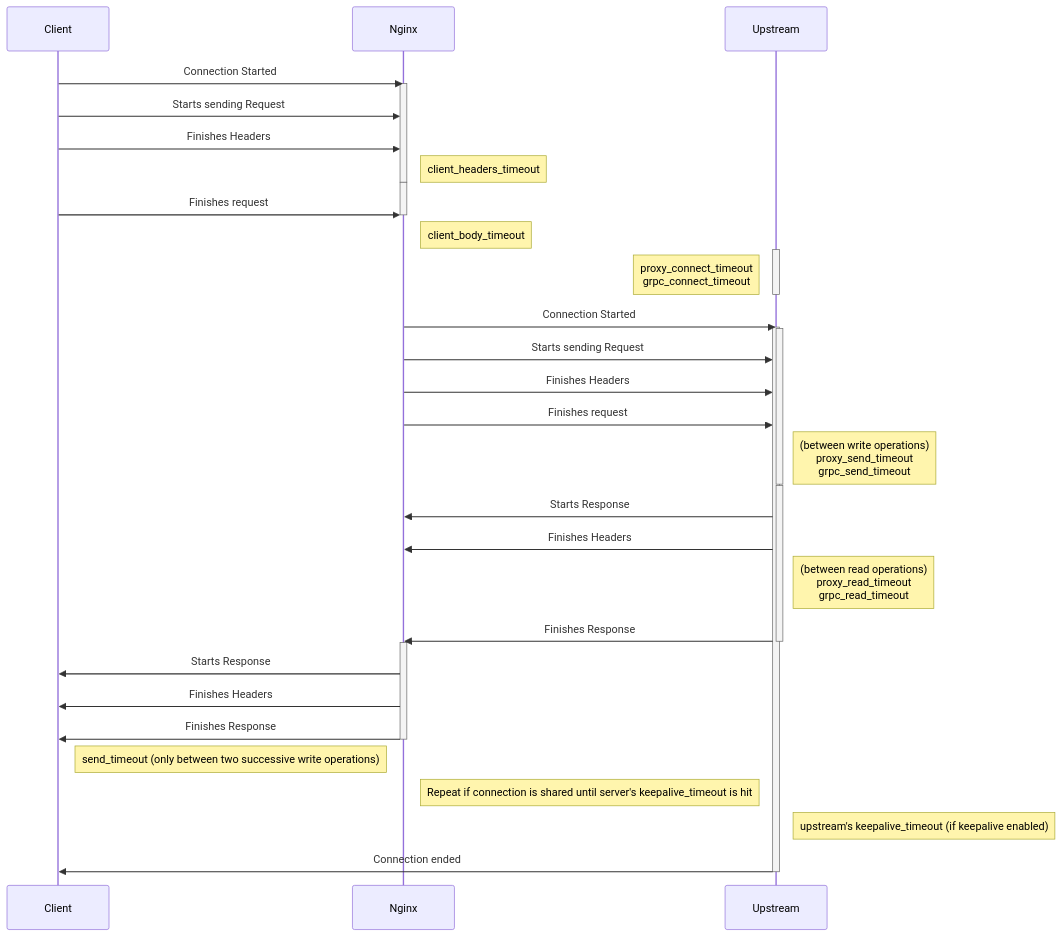
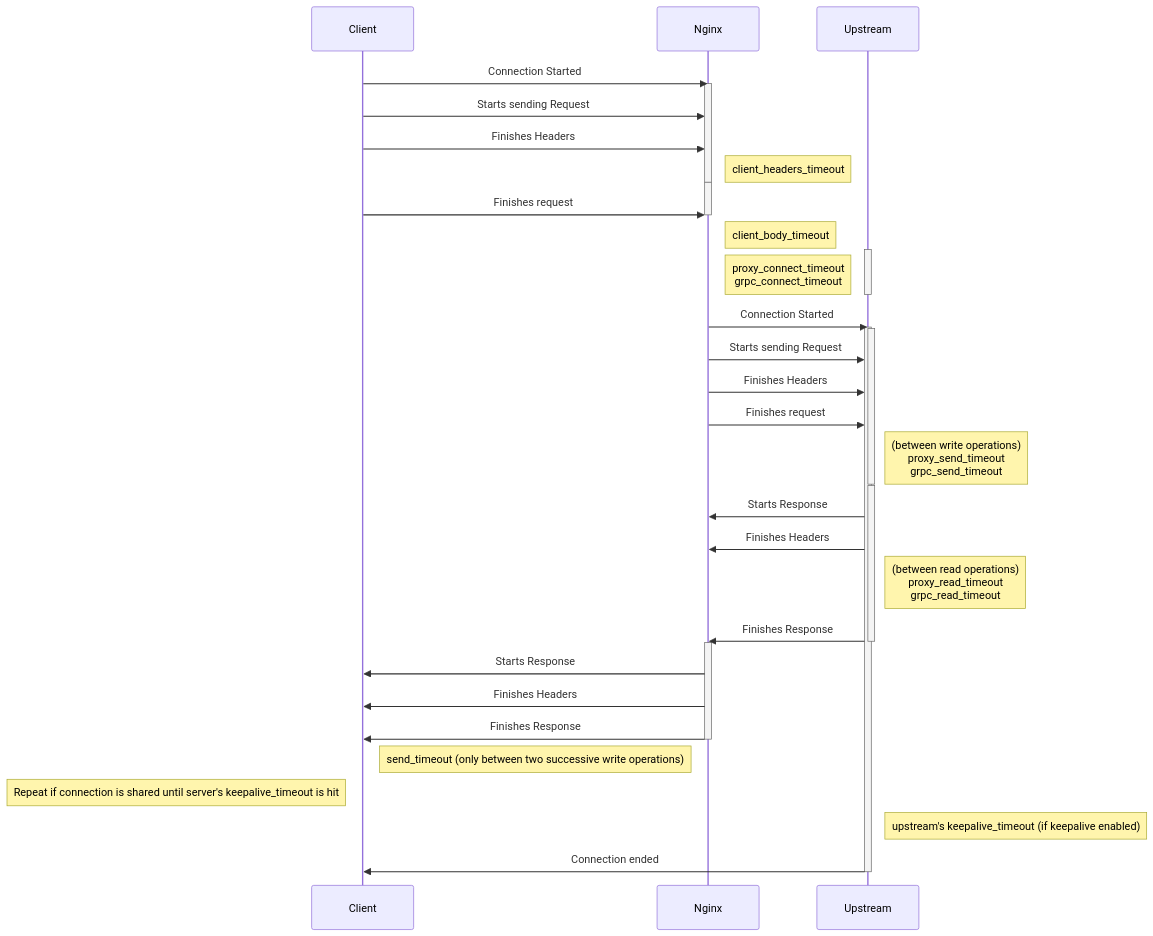
Before and after one commit to kubernetes-sigs/gateway-api: the third of 6 diagrams in geps/gep-1742.md, drawn with Mermaid.

Commit message:
Move the note to the client side

````diff
--- a/geps/gep-1742.md
+++ b/geps/gep-1742.md
@@ -158,43 +158,43 @@
 ```mermaid
 sequenceDiagram
     participant C as Client
     participant P as Nginx
     participant U as Upstream
     C->>P: Connection Started
     activate P
     C->>P: Starts sending Request
     C->>P: Finishes Headers
     Note right of P: client_headers_timeout
     deactivate P
     activate P
     C->>P: Finishes request
     deactivate P
     Note right of P: client_body_timeout
     activate U
     note left of U: proxy_connect_timeout<br/>grpc_connect_timeout
     deactivate U
     P->>U: Connection Started
     Activate U
 	  Activate U
     P->>U: Starts sending Request
     P->>U: Finishes Headers
 		P->>U: Finishes request
     Note right of U: (between write operations)<br/>proxy_send_timeout<br/>grpc_send_timeout
     deactivate U
 		activate U
     U->>P: Starts Response
     U->>P: Finishes Headers
         Note right of U: (between read operations)<br/>proxy_read_timeout<br/>grpc_read_timeout
     U->>P: Finishes Response
     deactivate U
     activate P
     P->>C: Starts Response
     P->>C: Finishes Headers
     P->>C: Finishes Response
     deactivate P
     Note left of P: send_timeout (only between two successive write operations)
-    Note right of P: Repeat if connection is shared until server's keepalive_timeout is hit
+    Note left of C: Repeat if connection is shared until server's keepalive_timeout is hit
     Note Right of U: upstream's keepalive_timeout (if keepalive enabled)
     U->>C: Connection ended
 		deactivate U
 ```
````
